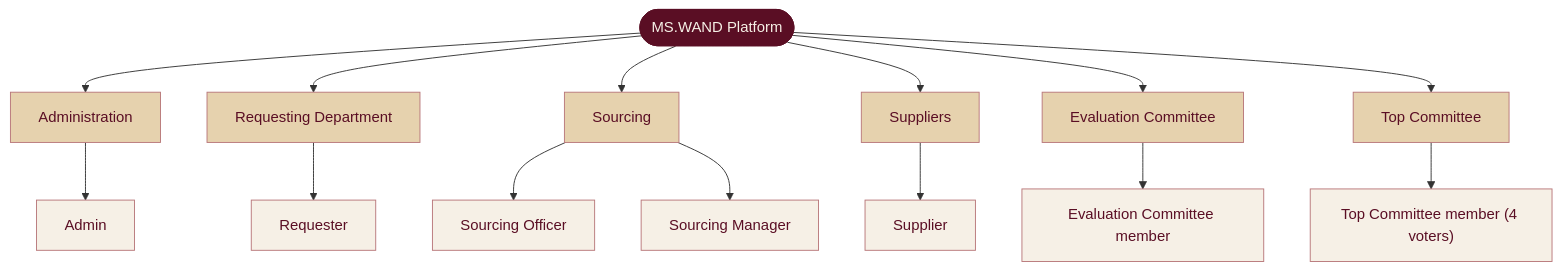
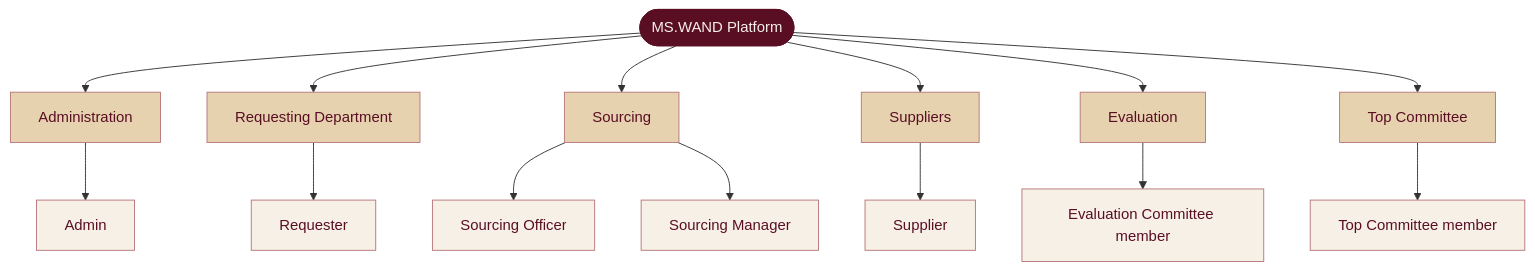
The first of 5 diagrams in README.md (Supply-Tender-Team/Cosmetics-Management-System), drawn with Mermaid before and after one commit. The commit also changed other lines of this file, not shown here.

````diff
--- a/README.md
+++ b/README.md
@@ -100,21 +93,21 @@
 ```mermaid
 flowchart TB
     S(["MS.WAND Platform"]):::brand
     S --> A["Administration"]:::group
     S --> D["Requesting Department"]:::group
     S --> P["Sourcing"]:::group
     S --> U["Suppliers"]:::group
-    S --> E["Evaluation Committee"]:::group
+    S --> E["Evaluation"]:::group
     S --> T["Top Committee"]:::group
     A --> A1["Admin"]:::leaf
     D --> D1["Requester"]:::leaf
     P --> O["Sourcing Officer"]:::leaf
     P --> M["Sourcing Manager"]:::leaf
     U --> U1["Supplier"]:::leaf
     E --> E1["Evaluation Committee member"]:::leaf
-    T --> T1["Top Committee member (4 voters)"]:::leaf
+    T --> T1["Top Committee member"]:::leaf
 
     classDef brand fill:#5A0E24,stroke:#5A0E24,color:#F6F0E6
     classDef group fill:#E6D2AE,stroke:#B8777A,color:#5A0E24
     classDef leaf fill:#F6F0E6,stroke:#B8777A,color:#5A0E24
 ```
````
